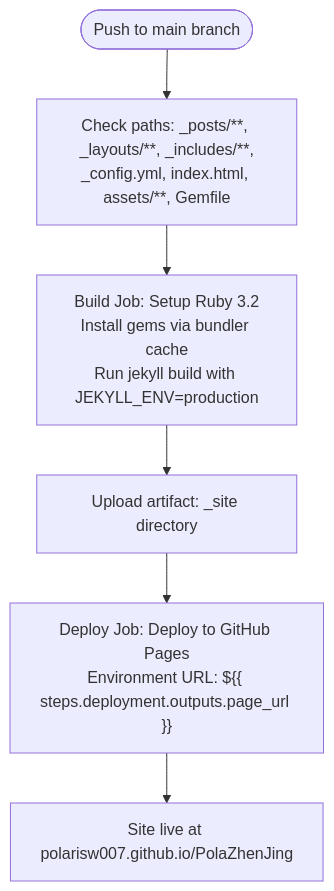
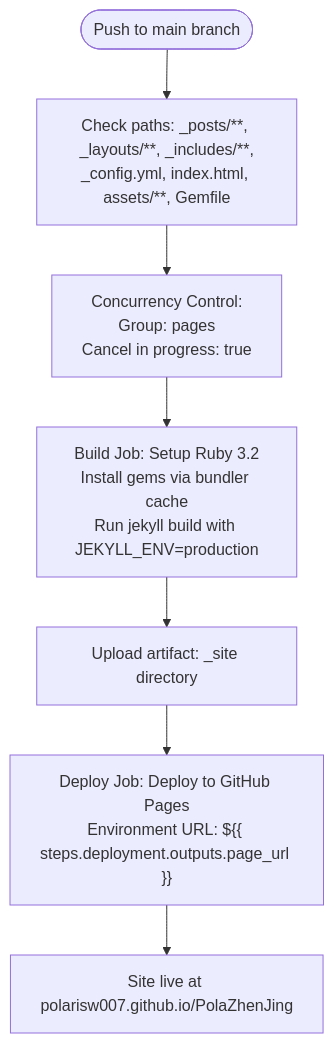
The third of 4 diagrams in .qoder/repowiki/en/content/Backend Application/Publishing Pipeline.md (PolarisW007/PolaZhenJing), drawn with Mermaid before and after one commit. The commit also changed other lines of this file and 17 other files, not shown here.

````diff
--- a/.qoder/repowiki/en/content/Backend Application/Publishing Pipeline.md
+++ b/.qoder/repowiki/en/content/Backend Application/Publishing Pipeline.md
@@ -165,8 +152,9 @@
 ```mermaid
 flowchart TD
 Start(["Push to main branch"]) --> Check["Check paths: _posts/**, _layouts/**, _includes/**,<br/>_config.yml, index.html, assets/**, Gemfile"]
-Check --> Build["Build Job: Setup Ruby 3.2<br/>Install gems via bundler cache<br/>Run jekyll build with JEKYLL_ENV=production"]
+Check --> Concurrency["Concurrency Control:<br/>Group: pages<br/>Cancel in progress: true"]
+Concurrency --> Build["Build Job: Setup Ruby 3.2<br/>Install gems via bundler cache<br/>Run jekyll build with JEKYLL_ENV=production"]
 Build --> Artifact["Upload artifact: _site directory"]
 Artifact --> Deploy["Deploy Job: Deploy to GitHub Pages<br/>Environment URL: ${{ steps.deployment.outputs.page_url }}"]
 Deploy --> Live["Site live at polarisw007.github.io/PolaZhenJing"]
 ```
````
